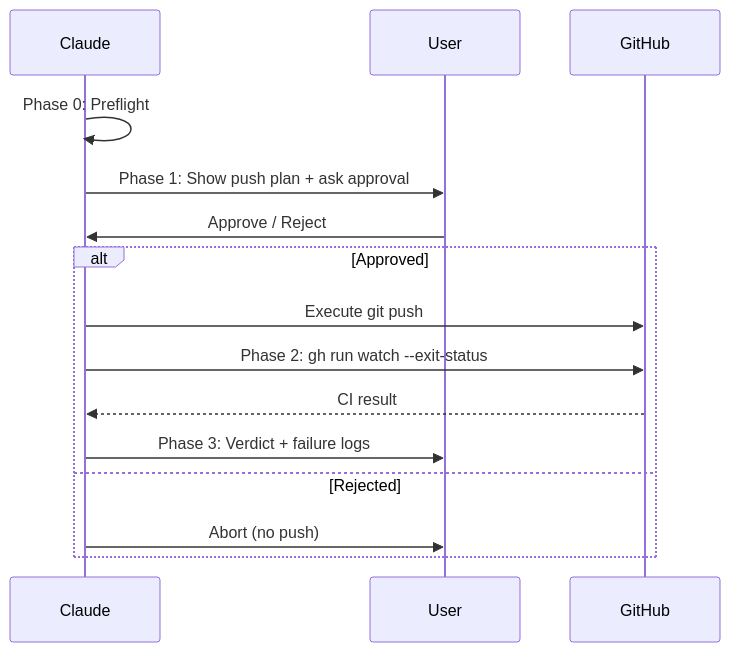
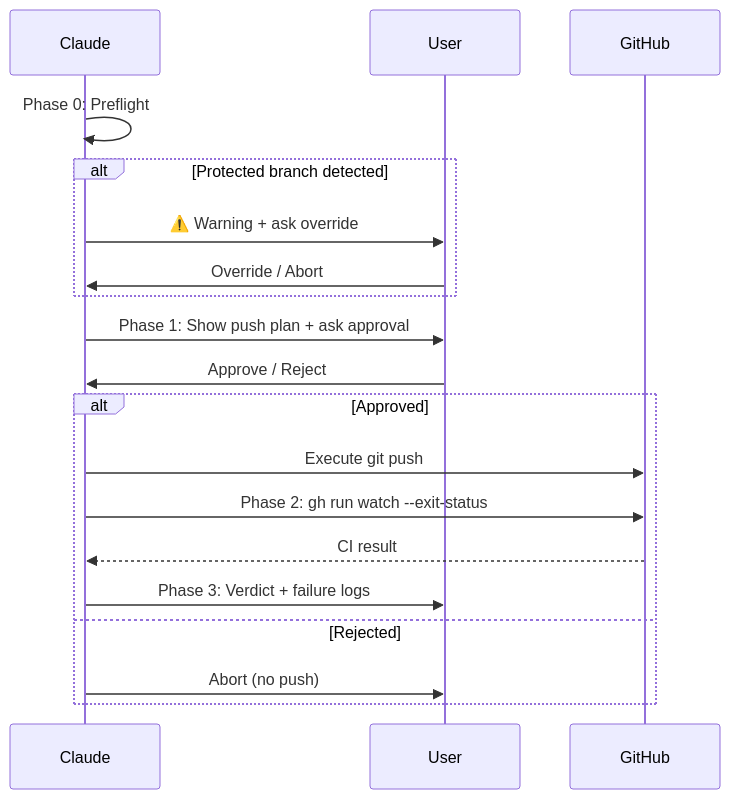
The diagram in skills/push-ci/SKILL.md (jupiter-Pulin/Uranus-dev-flow), drawn with Mermaid before and after one commit. The commit also changed other lines of this file and 2 other files, not shown here.

Commit message:
feat: Adds protected branch override flow to push-ci skill

````diff
--- a/skills/push-ci/SKILL.md
+++ b/skills/push-ci/SKILL.md
@@ -28,18 +28,22 @@
 ```mermaid
 sequenceDiagram
     participant C as Claude
     participant U as User
     participant GH as GitHub
 
     C->>C: Phase 0: Preflight
+    alt Protected branch detected
+        C->>U: ⚠️ Warning + ask override
+        U->>C: Override / Abort
+    end
     C->>U: Phase 1: Show push plan + ask approval
     U->>C: Approve / Reject
     alt Approved
         C->>GH: Execute git push
         C->>GH: Phase 2: gh run watch --exit-status
         GH-->>C: CI result
         C->>U: Phase 3: Verdict + failure logs
     else Rejected
         C->>U: Abort (no push)
     end
 ```
````
